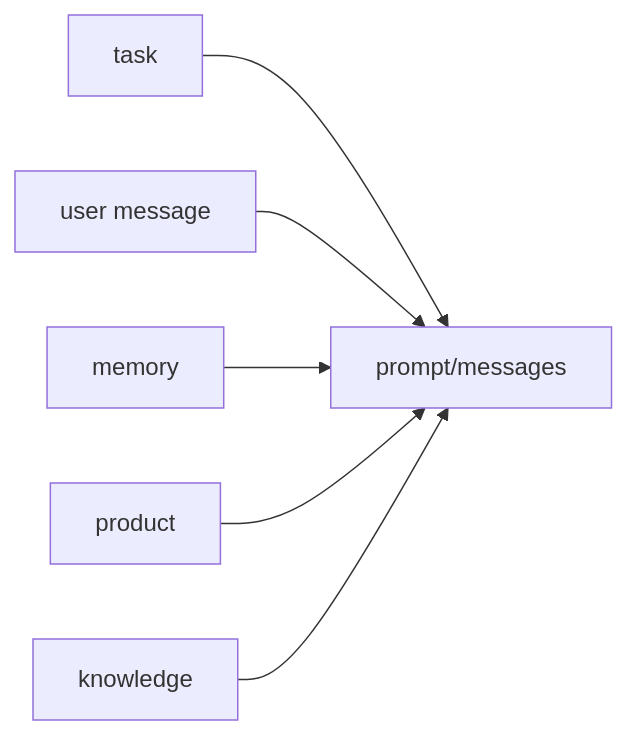
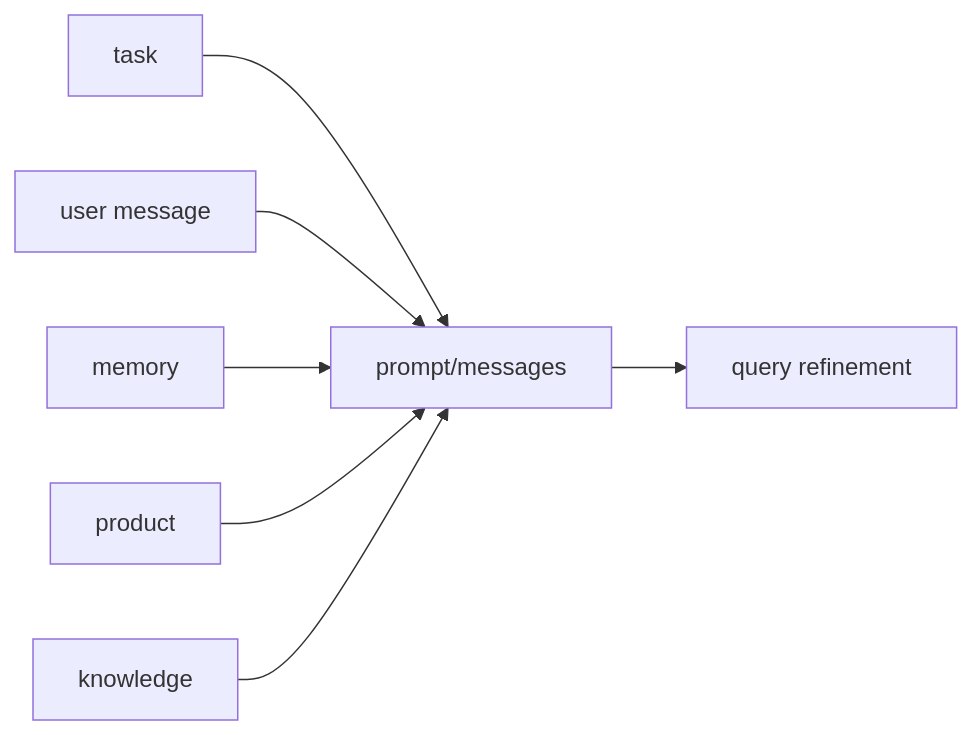
Before and after one commit to ImWenyaoT/chatty: the tenth of 24 diagrams in docs/design.md, drawn with Mermaid. The commit also changed other lines of this file and 2 other files, not shown here.

````diff
--- a/docs/design.md
+++ b/docs/design.md
@@ -203,8 +207,9 @@
 ```mermaid
 flowchart LR
   Task["task"] --> Prompt["prompt/messages"]
   User["user message"] --> Prompt
   Memory["memory"] --> Prompt
   Product["product"] --> Prompt
   Knowledge["knowledge"] --> Prompt
+  Prompt --> Query["query refinement"]
 ```
````
